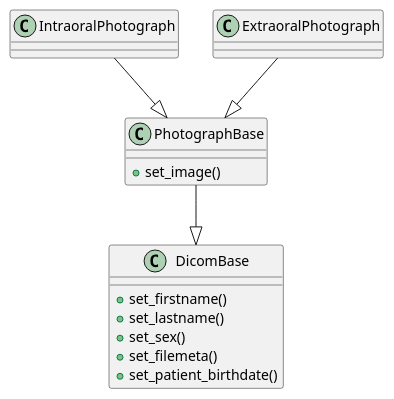
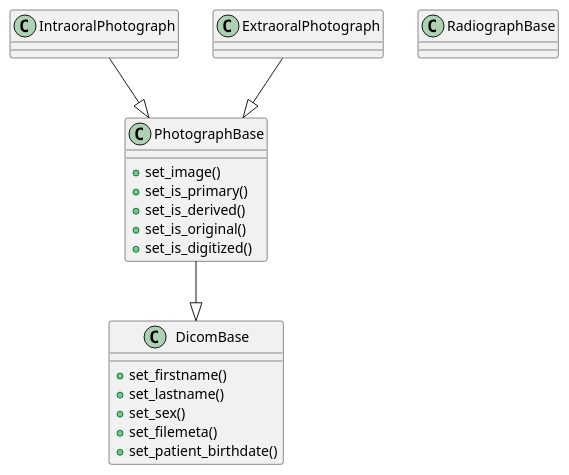
The diagram in docs/class_diagram.puml (open-ortho/dicom4ortho), drawn with PlantUML before and after one commit. The commit also changed 2 other files, not shown here.

```diff
--- a/docs/class_diagram.puml
+++ b/docs/class_diagram.puml
@@ -1,21 +1,27 @@
 @startuml
 class DicomBase {
     +set_firstname()
     +set_lastname()
     +set_sex()
     +set_filemeta()
     +set_patient_birthdate()
+} 
+
+class PhotographBase {
+   +set_image()
+   +set_is_primary()
+   +set_is_derived()
+   +set_is_original()
+   +set_is_digitized()
 }
 
-class PhotographBase {
-    +set_image()
-}
+class RadiographBase 
 
 class IntraoralPhotograph
 class ExtraoralPhotograph
 
 PhotographBase --|> DicomBase
 ExtraoralPhotograph --|> PhotographBase
 IntraoralPhotograph --|> PhotographBase
 
 @enduml
```
